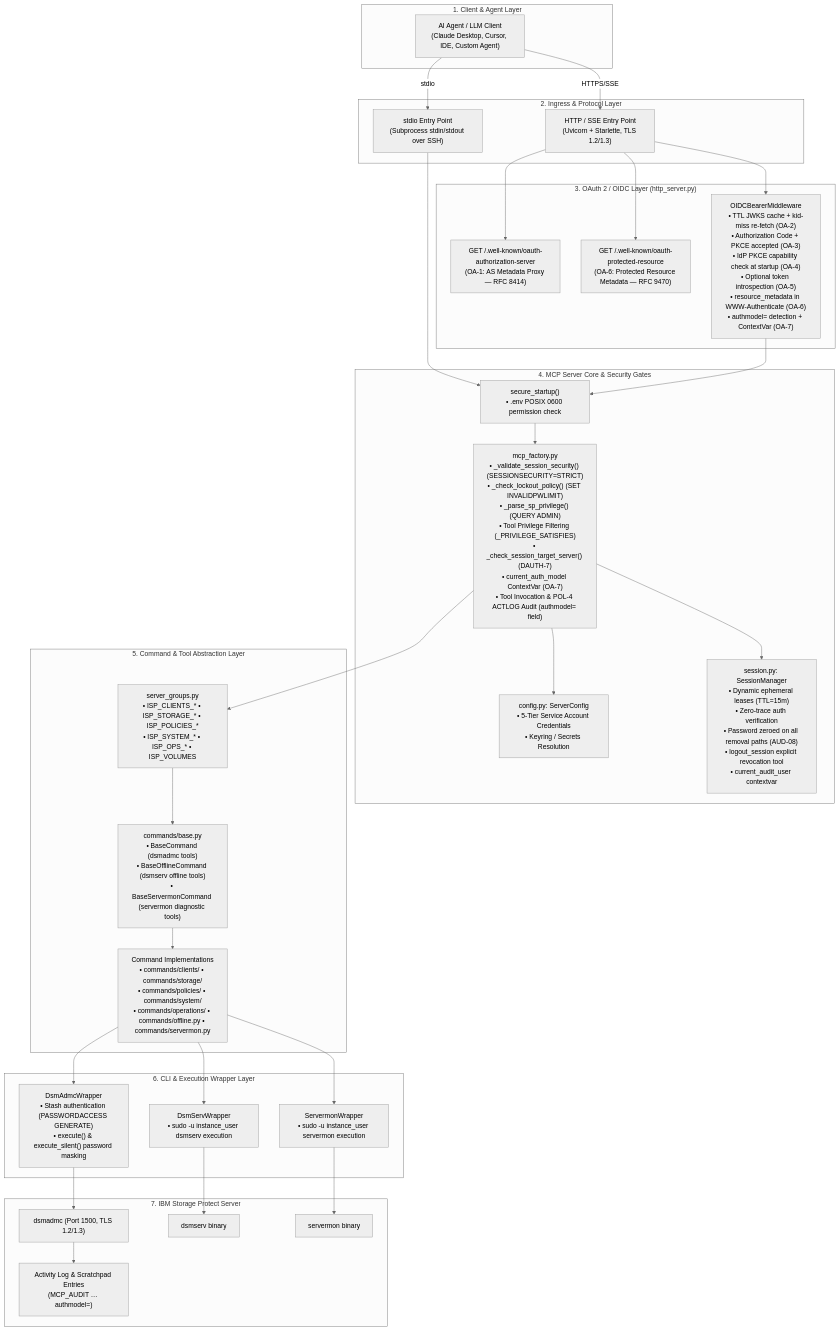
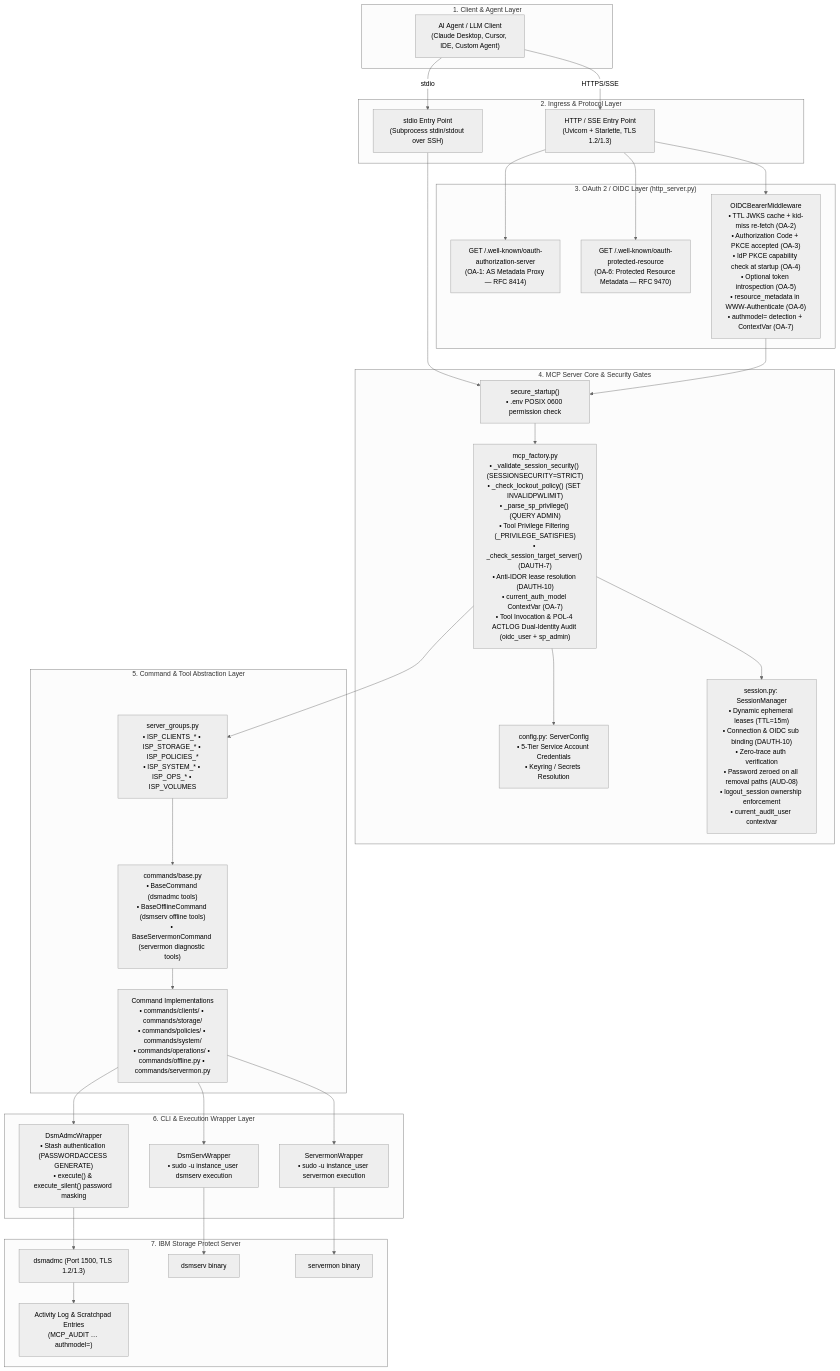
Before and after one commit to IBM/storage-protect-mcp-server: the first of 6 diagrams in docs/architecture/architecture.md, drawn with Mermaid (neutral theme). The commit also changed other lines of this file and 29 other files, not shown here.

First line of the commit message:
Multi-client transport isolation and anti-IDOR enforcement

````diff
--- a/docs/architecture/architecture.md
+++ b/docs/architecture/architecture.md
@@ -53,64 +54,64 @@
 ```mermaid
 graph TD
     subgraph ClientTier ["1. Client & Agent Layer"]
         AGENT["AI Agent / LLM Client\n(Claude Desktop, Cursor, IDE, Custom Agent)"]
     end
 
     subgraph IngressTier ["2. Ingress & Protocol Layer"]
         STDIO_EP["stdio Entry Point\n(Subprocess stdin/stdout over SSH)"]
         HTTP_EP["HTTP / SSE Entry Point\n(Uvicorn + Starlette, TLS 1.2/1.3)"]
     end
 
     subgraph OAuthTier ["3. OAuth 2 / OIDC Layer (http_server.py)"]
         WK1["GET /.well-known/oauth-authorization-server\n(OA-1: AS Metadata Proxy — RFC 8414)"]
         WK2["GET /.well-known/oauth-protected-resource\n(OA-6: Protected Resource Metadata — RFC 9470)"]
         OIDC_MW["OIDCBearerMiddleware\n• TTL JWKS cache + kid-miss re-fetch (OA-2)\n• Authorization Code + PKCE accepted (OA-3)\n• IdP PKCE capability check at startup (OA-4)\n• Optional token introspection (OA-5)\n• resource_metadata in WWW-Authenticate (OA-6)\n• authmodel= detection + ContextVar (OA-7)"]
     end
 
     subgraph CoreTier ["4. MCP Server Core & Security Gates"]
         SEC_START["secure_startup()\n• .env POSIX 0600 permission check"]
         CONFIG_MGR["config.py: ServerConfig\n• 5-Tier Service Account Credentials\n• Keyring / Secrets Resolution"]
-        SESS_MGR["session.py: SessionManager\n• Dynamic ephemeral leases (TTL=15m)\n• Zero-trace auth verification\n• Password zeroed on all removal paths (AUD-08)\n• logout_session explicit revocation tool\n• current_audit_user contextvar"]
-        FACTORY["mcp_factory.py\n• _validate_session_security() (SESSIONSECURITY=STRICT)\n• _check_lockout_policy() (SET INVALIDPWLIMIT)\n• _parse_sp_privilege() (QUERY ADMIN)\n• Tool Privilege Filtering (_PRIVILEGE_SATISFIES)\n• _check_session_target_server() (DAUTH-7)\n• current_auth_model ContextVar (OA-7)\n• Tool Invocation & POL-4 ACTLOG Audit (authmodel= field)"]
+        SESS_MGR["session.py: SessionManager\n• Dynamic ephemeral leases (TTL=15m)\n• Connection & OIDC sub binding (DAUTH-10)\n• Zero-trace auth verification\n• Password zeroed on all removal paths (AUD-08)\n• logout_session ownership enforcement\n• current_audit_user contextvar"]
+        FACTORY["mcp_factory.py\n• _validate_session_security() (SESSIONSECURITY=STRICT)\n• _check_lockout_policy() (SET INVALIDPWLIMIT)\n• _parse_sp_privilege() (QUERY ADMIN)\n• Tool Privilege Filtering (_PRIVILEGE_SATISFIES)\n• _check_session_target_server() (DAUTH-7)\n• Anti-IDOR lease resolution (DAUTH-10)\n• current_auth_model ContextVar (OA-7)\n• Tool Invocation & POL-4 ACTLOG Dual-Identity Audit (oidc_user + sp_admin)"]
     end
 
     subgraph ModuleTier ["5. Command & Tool Abstraction Layer"]
         GROUPS["server_groups.py\n• ISP_CLIENTS_* • ISP_STORAGE_* • ISP_POLICIES_*\n• ISP_SYSTEM_* • ISP_OPS_* • ISP_VOLUMES"]
         BASE_CMD["commands/base.py\n• BaseCommand (dsmadmc tools)\n• BaseOfflineCommand (dsmserv offline tools)\n• BaseServermonCommand (servermon diagnostic tools)"]
         IMPL_CMD["Command Implementations\n• commands/clients/ • commands/storage/\n• commands/policies/ • commands/system/\n• commands/operations/ • commands/offline.py • commands/servermon.py"]
     end
 
     subgraph WrapperTier ["6. CLI & Execution Wrapper Layer"]
         ADMC_WRAP["DsmAdmcWrapper\n• Stash authentication (PASSWORDACCESS GENERATE)\n• execute() & execute_silent() password masking"]
         SERV_WRAP["DsmServWrapper\n• sudo -u instance_user dsmserv execution"]
         MON_WRAP["ServermonWrapper\n• sudo -u instance_user servermon execution"]
     end
 
     subgraph StorageProtectTier ["7. IBM Storage Protect Server"]
         DSMADMC["dsmadmc (Port 1500, TLS 1.2/1.3)"]
         DSMSERV["dsmserv binary"]
         SERVERMON["servermon binary"]
         ACTLOG["Activity Log & Scratchpad Entries\n(MCP_AUDIT … authmodel=<label>)"]
     end
 
     AGENT -->|stdio| STDIO_EP
     AGENT -->|HTTPS/SSE| HTTP_EP
     HTTP_EP --> WK1
     HTTP_EP --> WK2
     HTTP_EP --> OIDC_MW
     STDIO_EP --> SEC_START
     OIDC_MW --> SEC_START
     SEC_START --> FACTORY
     FACTORY --> SESS_MGR
     FACTORY --> CONFIG_MGR
     FACTORY --> GROUPS
     GROUPS --> BASE_CMD
     BASE_CMD --> IMPL_CMD
     IMPL_CMD --> ADMC_WRAP
     IMPL_CMD --> SERV_WRAP
     IMPL_CMD --> MON_WRAP
     ADMC_WRAP --> DSMADMC
     SERV_WRAP --> DSMSERV
     MON_WRAP --> SERVERMON
     DSMADMC --> ACTLOG
 ```
````
